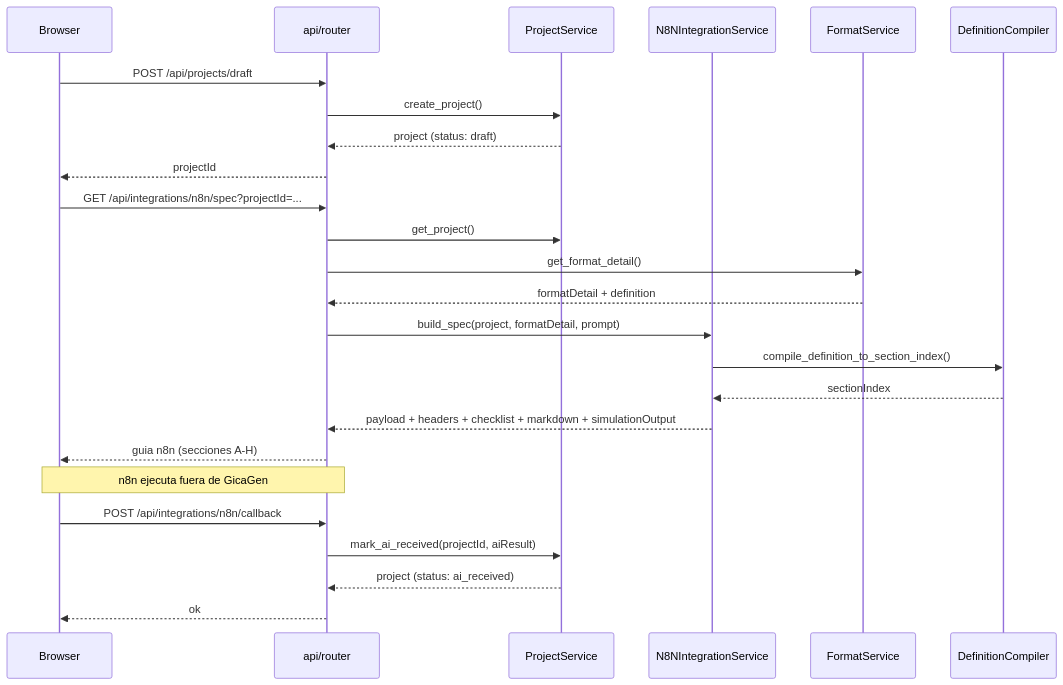
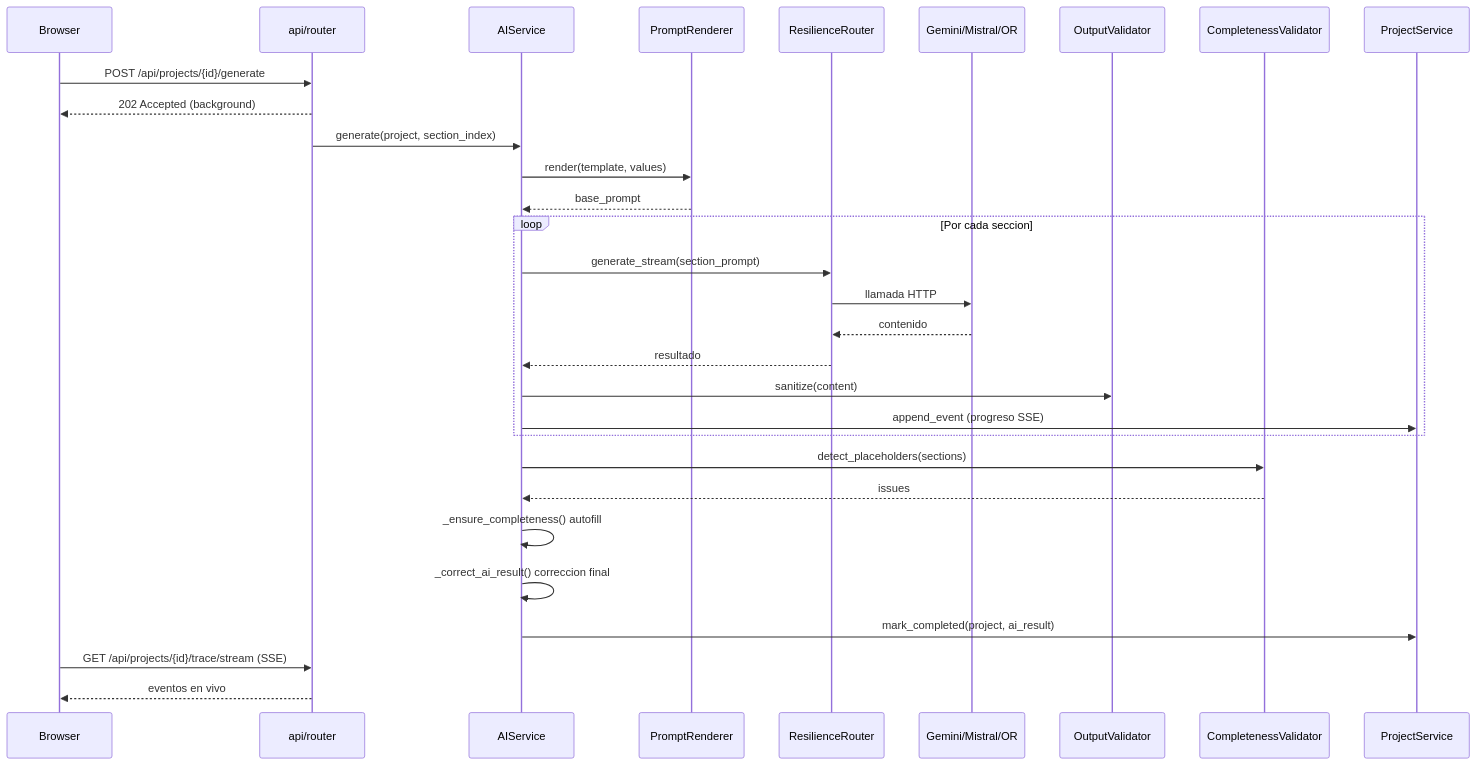
Before and after one commit to mikehernandez-bit/Proyecto2TesisAI: the second of 2 diagrams in docs/02-arquitectura.md, drawn with Mermaid. The commit also changed other lines of this file and 24 other files, not shown here.

````diff
--- a/docs/02-arquitectura.md
+++ b/docs/02-arquitectura.md
@@ -122,30 +84,37 @@
 ```mermaid
 sequenceDiagram
     participant B as Browser
     participant API as api/router
+    participant AI as AIService
+    participant PR as PromptRenderer
+    participant RR as ResilienceRouter
+    participant LLM as Gemini/Mistral/OR
+    participant OV as OutputValidator
+    participant CV as CompletenessValidator
     participant PS as ProjectService
-    participant NS as N8NIntegrationService
-    participant FS as FormatService
-    participant DC as DefinitionCompiler
 
-    B->>API: POST /api/projects/draft
-    API->>PS: create_project()
-    PS-->>API: project (status: draft)
-    API-->>B: projectId
+    B->>API: POST /api/projects/{id}/generate
+    API-->>B: 202 Accepted (background)
 
-    B->>API: GET /api/integrations/n8n/spec?projectId=...
-    API->>PS: get_project()
-    API->>FS: get_format_detail()
-    FS-->>API: formatDetail + definition
-    API->>NS: build_spec(project, formatDetail, prompt)
-    NS->>DC: compile_definition_to_section_index()
-    DC-->>NS: sectionIndex
-    NS-->>API: payload + headers + checklist + markdown + simulationOutput
-    API-->>B: guia n8n (secciones A-H)
+    API->>AI: generate(project, section_index)
+    AI->>PR: render(template, values)
+    PR-->>AI: base_prompt
 
-    Note over B,API: n8n ejecuta fuera de GicaGen
-    B->>API: POST /api/integrations/n8n/callback
-    API->>PS: mark_ai_received(projectId, aiResult)
-    PS-->>API: project (status: ai_received)
-    API-->>B: ok
+    loop Por cada seccion
+        AI->>RR: generate_stream(section_prompt)
+        RR->>LLM: llamada HTTP
+        LLM-->>RR: contenido
+        RR-->>AI: resultado
+        AI->>OV: sanitize(content)
+        AI->>PS: append_event (progreso SSE)
+    end
+
+    AI->>CV: detect_placeholders(sections)
+    CV-->>AI: issues
+    AI->>AI: _ensure_completeness() autofill
+    AI->>AI: _correct_ai_result() correccion final
+    AI->>PS: mark_completed(project, ai_result)
+
+    B->>API: GET /api/projects/{id}/trace/stream (SSE)
+    API-->>B: eventos en vivo
 ```
````
